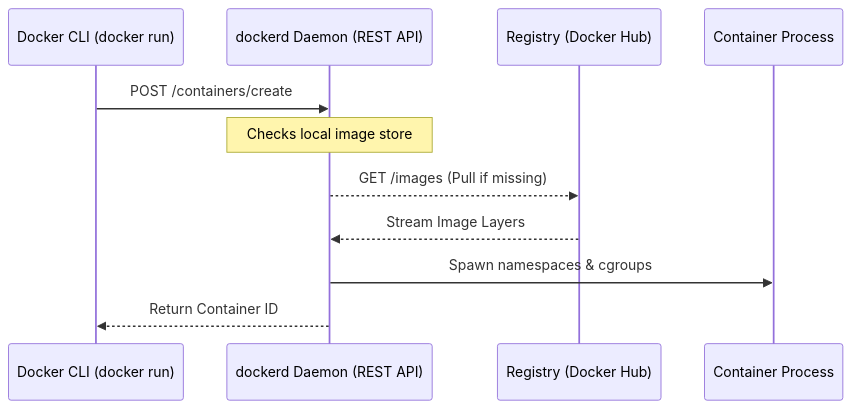
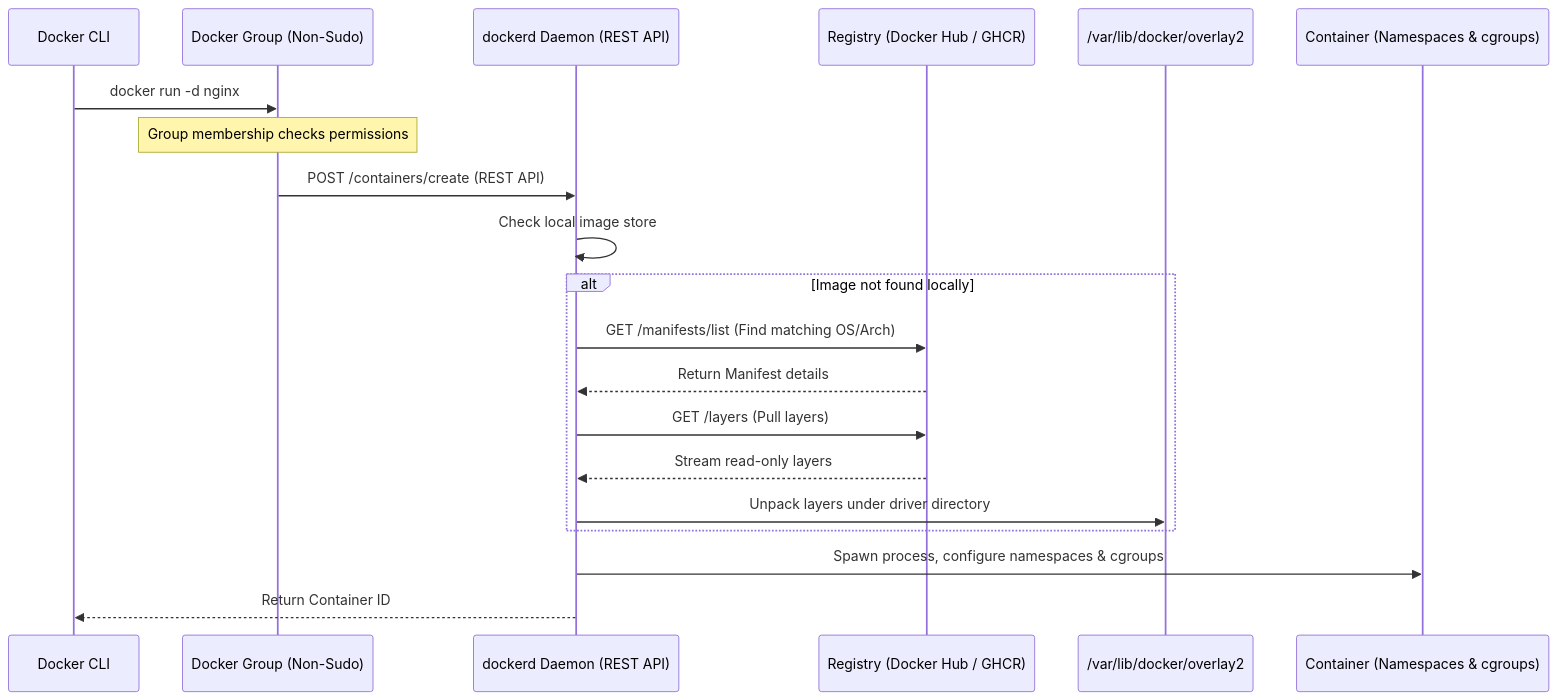
The second of 4 diagrams in Reference Notes/2-1_docker_fundamentals_and_containers.md (kmashour/BrainDump), drawn with Mermaid before and after one commit. The commit also changed other lines of this file and 152 other files, not shown here.

````diff
--- a/Reference Notes/2-1_docker_fundamentals_and_containers.md
+++ b/Reference Notes/2-1_docker_fundamentals_and_containers.md
@@ -67,14 +92,23 @@
 ```mermaid
 sequenceDiagram
-    participant CLI as Docker CLI (docker run)
+    participant Client as Docker CLI
+    participant Host as Docker Group (Non-Sudo)
     participant Daemon as dockerd Daemon (REST API)
-    participant Registry as Registry (Docker Hub)
-    participant Container as Container Process
+    participant Registry as Registry (Docker Hub / GHCR)
+    participant Storage as /var/lib/docker/overlay2
+    participant Container as Container (Namespaces & cgroups)
 
-    CLI->>Daemon: POST /containers/create
-    Note over Daemon: Checks local image store
-    Daemon-->>Registry: GET /images (Pull if missing)
-    Registry-->>Daemon: Stream Image Layers
-    Daemon->>Container: Spawn namespaces & cgroups
-    Daemon-->>CLI: Return Container ID
+    Client->>Host: docker run -d nginx
+    Note over Host: Group membership checks permissions
+    Host->>Daemon: POST /containers/create (REST API)
+    Daemon->>Daemon: Check local image store
+    alt Image not found locally
+        Daemon->>Registry: GET /manifests/list (Find matching OS/Arch)
+        Registry-->>Daemon: Return Manifest details
+        Daemon->>Registry: GET /layers (Pull layers)
+        Registry-->>Daemon: Stream read-only layers
+        Daemon->>Storage: Unpack layers under driver directory
+    end
+    Daemon->>Container: Spawn process, configure namespaces & cgroups
+    Daemon-->>Client: Return Container ID
 ```
````
